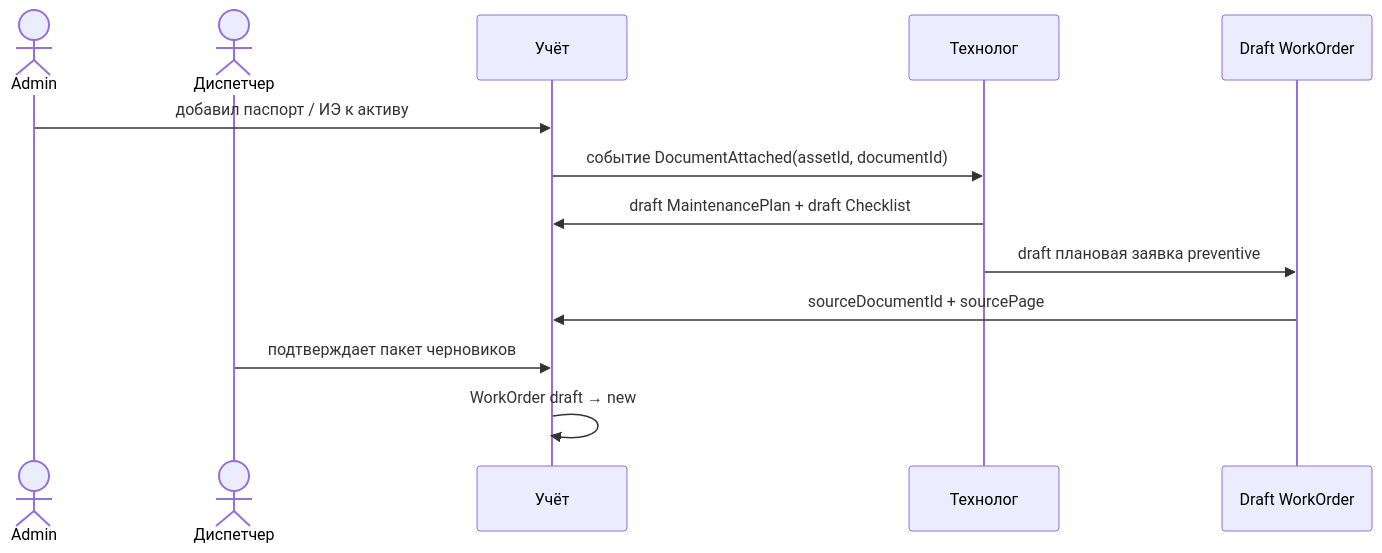
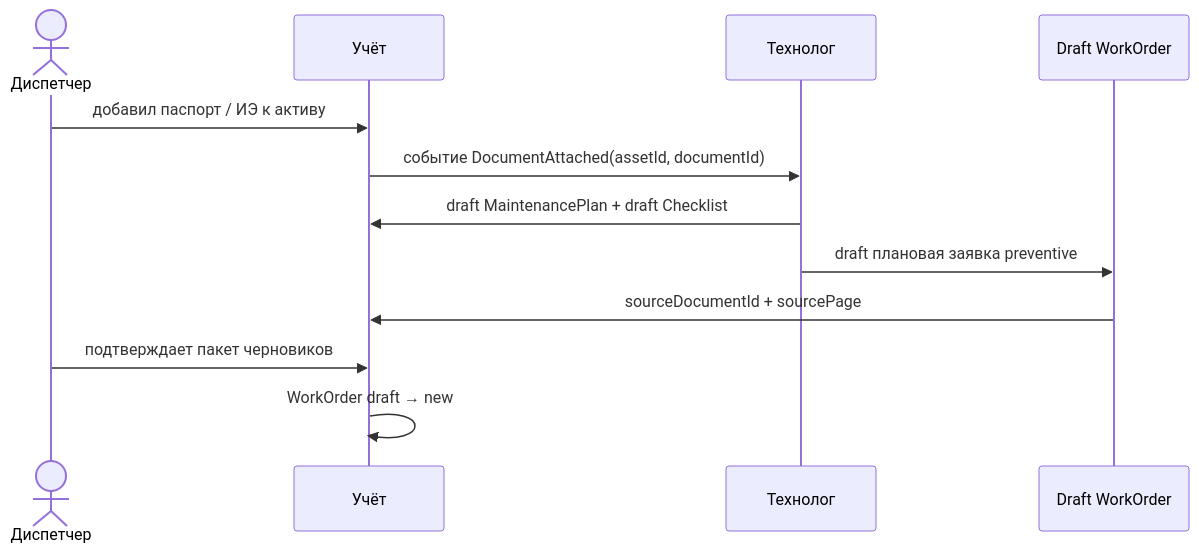
One commit to masterdoc-app/masterdoc changed the eighth of 12 diagrams in TOIR_AI_SYSTEM_DESIGN.md. Above: the diagram before and after it, drawn with Mermaid. The commit also changed other lines of this file and 1 other file, not shown here.

First line of the commit message:
docs: restrict admin role to system configuration only

````diff
--- a/TOIR_AI_SYSTEM_DESIGN.md
+++ b/TOIR_AI_SYSTEM_DESIGN.md
@@ -496,16 +503,15 @@
 ```mermaid
 sequenceDiagram
-  actor Admin as Admin
   actor Disp as Диспетчер
   participant S as Учёт
   participant T as Технолог
   participant W as Draft WorkOrder
 
-  Admin->>S: добавил паспорт / ИЭ к активу
+  Disp->>S: добавил паспорт / ИЭ к активу
   S->>T: событие DocumentAttached(assetId, documentId)
   T->>S: draft MaintenancePlan + draft Checklist
   T->>W: draft плановая заявка preventive
   W->>S: sourceDocumentId + sourcePage
   Disp->>S: подтверждает пакет черновиков
   S->>S: WorkOrder draft → new
 ```
````
